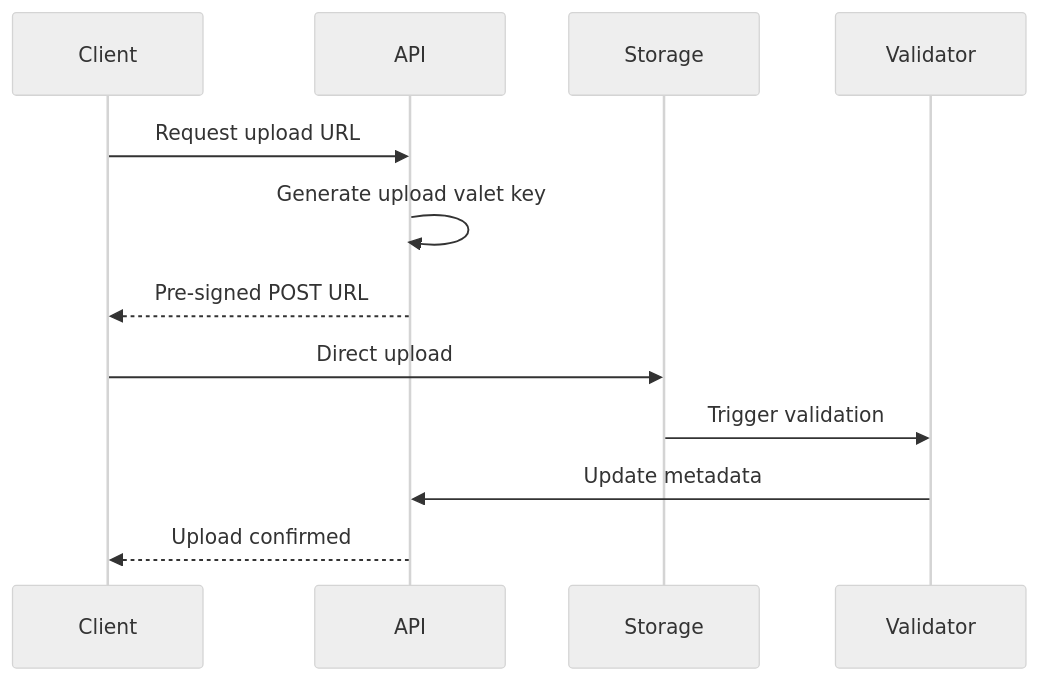
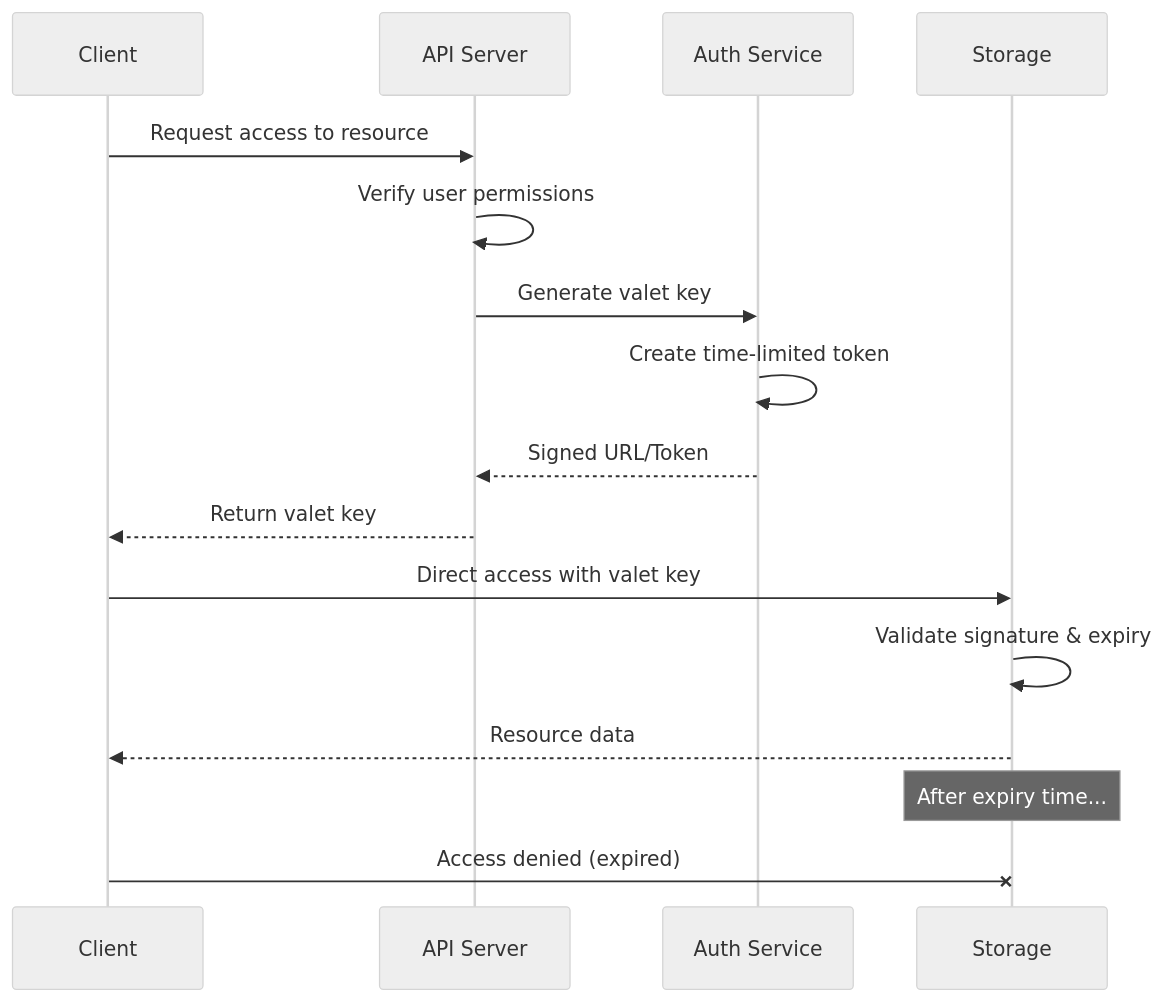
One commit to deepaucksharma/DStudio changed the third of 8 diagrams in docs/patterns/valet-key.md. Above: the diagram before and after it, drawn with Mermaid (neutral theme). The commit also changed other lines of this file and 248 other files, not shown here.

````diff
--- a/docs/patterns/valet-key.md
+++ b/docs/patterns/valet-key.md
@@ -139,15 +67,20 @@
 ```mermaid
 sequenceDiagram
     participant Client
-    participant API
+    participant API Server
+    participant Auth Service
     participant Storage
-    participant Validator
     
-    Client->>API: Request upload URL
-    API->>API: Generate upload valet key
-    API-->>Client: Pre-signed POST URL
-    Client->>Storage: Direct upload
-    Storage->>Validator: Trigger validation
-    Validator->>API: Update metadata
-    API-->>Client: Upload confirmed
+    Client->>API Server: Request access to resource
+    API Server->>API Server: Verify user permissions
+    API Server->>Auth Service: Generate valet key
+    Auth Service->>Auth Service: Create time-limited token
+    Auth Service-->>API Server: Signed URL/Token
+    API Server-->>Client: Return valet key
+    Client->>Storage: Direct access with valet key
+    Storage->>Storage: Validate signature & expiry
+    Storage-->>Client: Resource data
+    
+    Note over Storage: After expiry time...
+    Client-xStorage: Access denied (expired)
 ```
````
